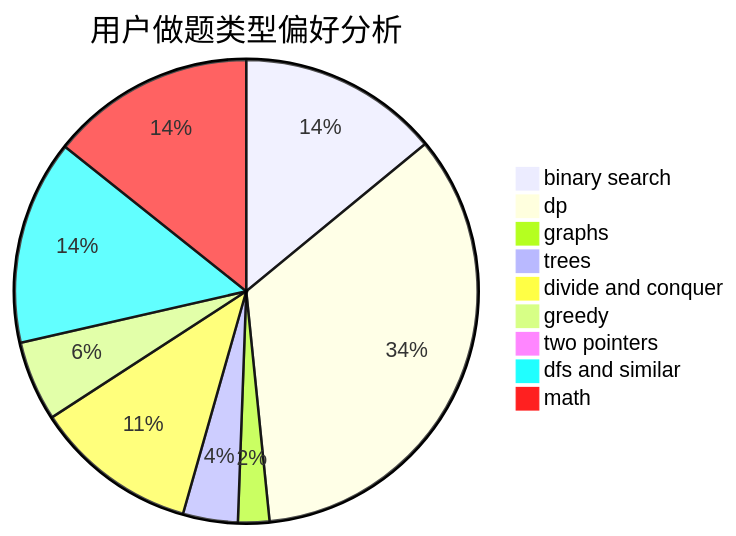
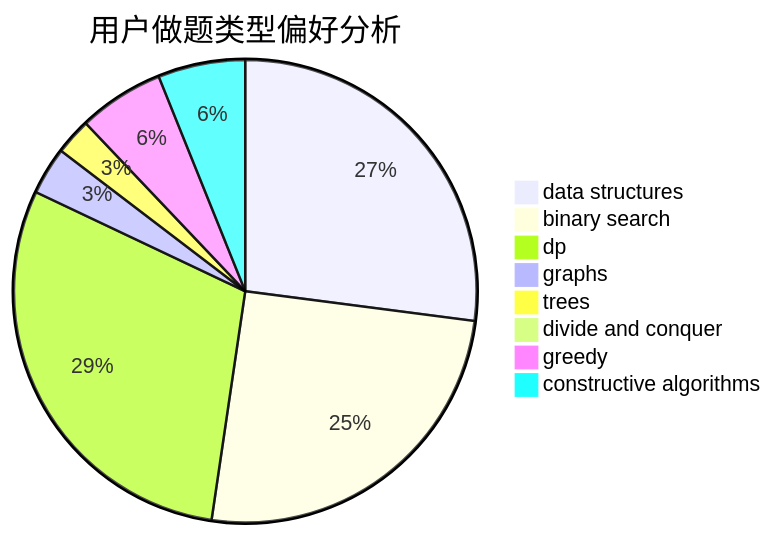
Before and after one commit to sherpahu/cfrs.github.io: the second of 3 diagrams in docs/user/u1118.md, drawn with Mermaid. The commit also changed other lines of this file and 2775 other files, not shown here.

````diff
--- a/docs/user/u1118.md
+++ b/docs/user/u1118.md
@@ -23,12 +23,11 @@
 ```mermaid
 pie title 用户做题类型偏好分析
-    "binary search" :  231
-    "dp" :  565
-    "graphs" :  36
-    "trees" :  63
-    "divide and conquer" :  188
-    "greedy" :  92
-    "two pointers" :  6
-    "dfs and similar" :  235
-    "math" :  235
+    "data structures" :  244
+    "binary search" :  228
+    "dp" :  268
+    "graphs" :  30
+    "trees" :  23
+    "divide and conquer" :  8
+    "greedy" :  54
+    "constructive algorithms" :  55
 ```
````
